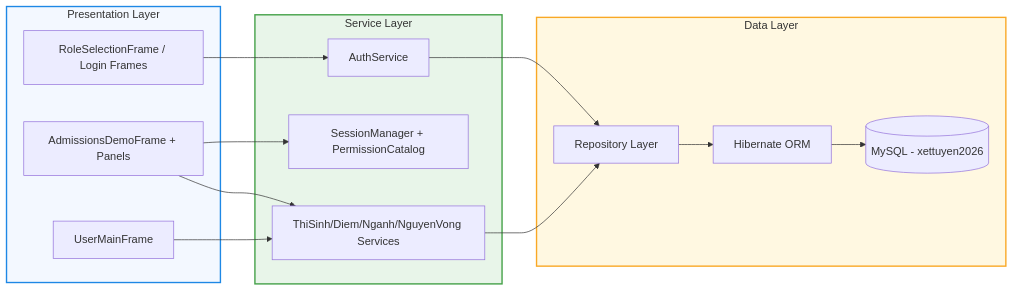
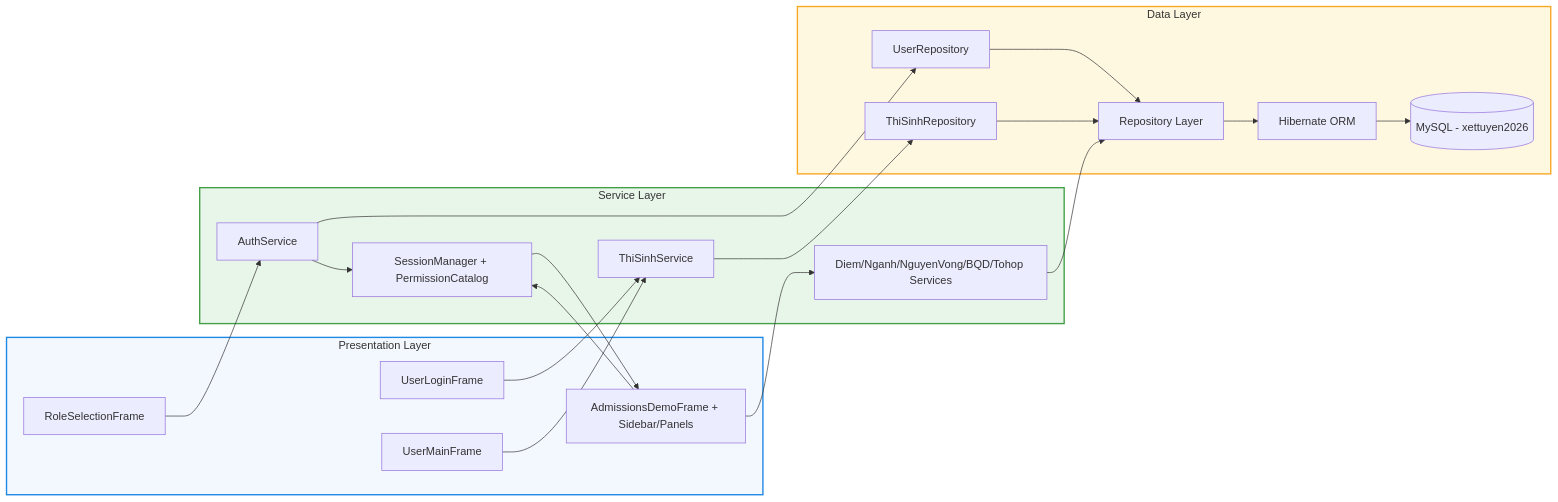
One commit to HaoWasabi/TuVanTuyenSinh changed the fourth of 4 diagrams in docs/prd.md. Above: the diagram before and after it, drawn with Mermaid. The commit also changed other lines of this file and 7 other files, not shown here.

Commit message:
docs: add new images and update prd with use case and activity diagrams

````diff
--- a/docs/prd.md
+++ b/docs/prd.md
@@ -181,34 +237,47 @@
 ```mermaid
 flowchart LR
     style Presentation fill:#f3f8ff,stroke:#1e88e5,stroke-width:2px
     style Service fill:#e8f5e9,stroke:#43a047,stroke-width:2px
     style Data fill:#fff8e1,stroke:#f9a825,stroke-width:2px
 
     subgraph Presentation [Presentation Layer]
-        LoginUI[RoleSelectionFrame / Login Frames]
-        DashboardUI[AdmissionsDemoFrame + Panels]
-        CandidateUI[UserMainFrame]
+    InternalLoginUI[RoleSelectionFrame]
+    CandidateLoginUI[UserLoginFrame]
+    DashboardUI[AdmissionsDemoFrame + Sidebar/Panels]
+    CandidatePortalUI[UserMainFrame]
     end
 
     subgraph Service [Service Layer]
         AuthSvc[AuthService]
-        DomainSvc[ThiSinh/Diem/Nganh/NguyenVong Services]
+    ThiSinhSvc[ThiSinhService]
+    DomainSvc[Diem/Nganh/NguyenVong/BQD/Tohop Services]
         RBAC[SessionManager + PermissionCatalog]
     end
 
     subgraph Data [Data Layer]
+    UserRepo[UserRepository]
+    ThiSinhRepo[ThiSinhRepository]
         Repo[Repository Layer]
         DB[(MySQL - xettuyen2026)]
         ORM[Hibernate ORM]
     end
 
-    LoginUI --> AuthSvc
+  InternalLoginUI --> AuthSvc
+  CandidateLoginUI --> ThiSinhSvc
+
     DashboardUI --> DomainSvc
     DashboardUI --> RBAC
-    CandidateUI --> DomainSvc
+  CandidatePortalUI --> ThiSinhSvc
 
-    AuthSvc --> Repo
+  AuthSvc --> RBAC
+  RBAC --> DashboardUI
+
+  AuthSvc --> UserRepo
+  ThiSinhSvc --> ThiSinhRepo
+
+  UserRepo --> Repo
+  ThiSinhRepo --> Repo
     DomainSvc --> Repo
     Repo --> ORM
     ORM --> DB
 ```
````
